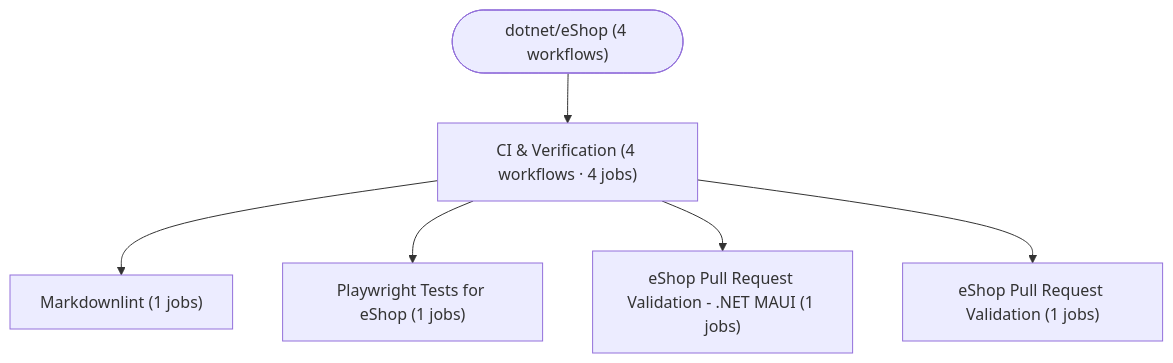
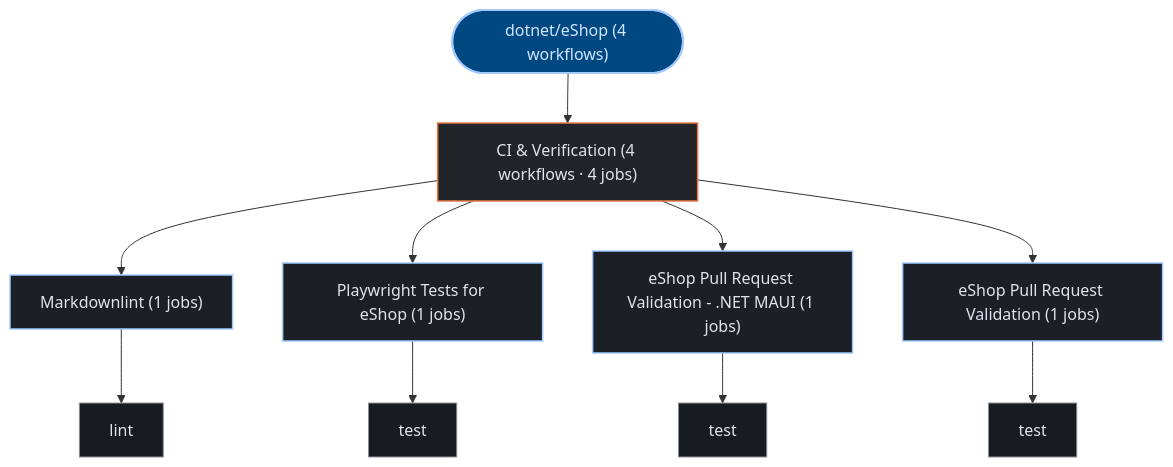
The third of 3 diagrams in exports/latest/reports/dotnet-eShop-report.md (kumarshaz/atruss-code-atlas), drawn with Mermaid before and after one commit. The commit also changed other lines of this file and 331 other files, not shown here.

Commit message:
docs,ui,fix: update SDLC docs, reorder CI/CD DAG first, stylize Mermaid, and fix Arc42 pipeline topology

````diff
--- a/exports/latest/reports/dotnet-eShop-report.md
+++ b/exports/latest/reports/dotnet-eShop-report.md
@@ -233,14 +244,29 @@
 ```mermaid
 graph TD;
-  pipeline_root(["dotnet/eShop (4 workflows)"])
-  grp_0_CI___Verification["CI & Verification (4 workflows · 4 jobs)"]
+  classDef atlasRoot fill:#004882,stroke:#a3c9ff,stroke-width:2px,color:#d3e4ff
+  classDef atlasCategory fill:#212428,stroke:#E87A48,stroke-width:1.5px,color:#dfe3eb
+  classDef atlasWorkflow fill:#1b2026,stroke:#a3c9ff,stroke-width:1.5px,color:#dfe3eb
+  classDef atlasJob fill:#171c22,stroke:#8d9199,stroke-width:1px,color:#dfe3eb
+  classDef atlasTarget fill:#005227,stroke:#8bd99b,stroke-width:1.5px,color:#a7f6b6
+  classDef atlasAlert fill:#93000a,stroke:#ffb4ab,stroke-width:1.5px,color:#ffdad6
+  classDef atlasMore fill:#252a31,stroke:#8d9199,stroke-dasharray:4 4,color:#c3c6cf
+  pipeline_root(["dotnet/eShop (4 workflows)"]):::atlasRoot
+  grp_0_CI___Verification["CI & Verification (4 workflows · 4 jobs)"]:::atlasCategory
   pipeline_root --> grp_0_CI___Verification
-  wf_0_Markdownlint["Markdownlint (1 jobs)"]
+  wf_0_Markdownlint["Markdownlint (1 jobs)"]:::atlasWorkflow
   grp_0_CI___Verification --> wf_0_Markdownlint
-  wf_1_Playwright_Tests_for_eShop["Playwright Tests for eShop (1 jobs)"]
+  job_0_lint["lint"]:::atlasJob
+  wf_0_Markdownlint --> job_0_lint
+  wf_1_Playwright_Tests_for_eShop["Playwright Tests for eShop (1 jobs)"]:::atlasWorkflow
   grp_0_CI___Verification --> wf_1_Playwright_Tests_for_eShop
-  wf_2_eShop_Pull_Request_Validation____NET_MAUI["eShop Pull Request Validation - .NET MAUI (1 jobs)"]
+  job_1_test["test"]:::atlasJob
+  wf_1_Playwright_Tests_for_eShop --> job_1_test
+  wf_2_eShop_Pull_Request_Validation____NET_MAUI["eShop Pull Request Validation - .NET MAUI (1 jobs)"]:::atlasWorkflow
   grp_0_CI___Verification --> wf_2_eShop_Pull_Request_Validation____NET_MAUI
-  wf_3_eShop_Pull_Request_Validation["eShop Pull Request Validation (1 jobs)"]
+  job_2_test["test"]:::atlasJob
+  wf_2_eShop_Pull_Request_Validation____NET_MAUI --> job_2_test
+  wf_3_eShop_Pull_Request_Validation["eShop Pull Request Validation (1 jobs)"]:::atlasWorkflow
   grp_0_CI___Verification --> wf_3_eShop_Pull_Request_Validation
+  job_3_test["test"]:::atlasJob
+  wf_3_eShop_Pull_Request_Validation --> job_3_test
 ```
````
